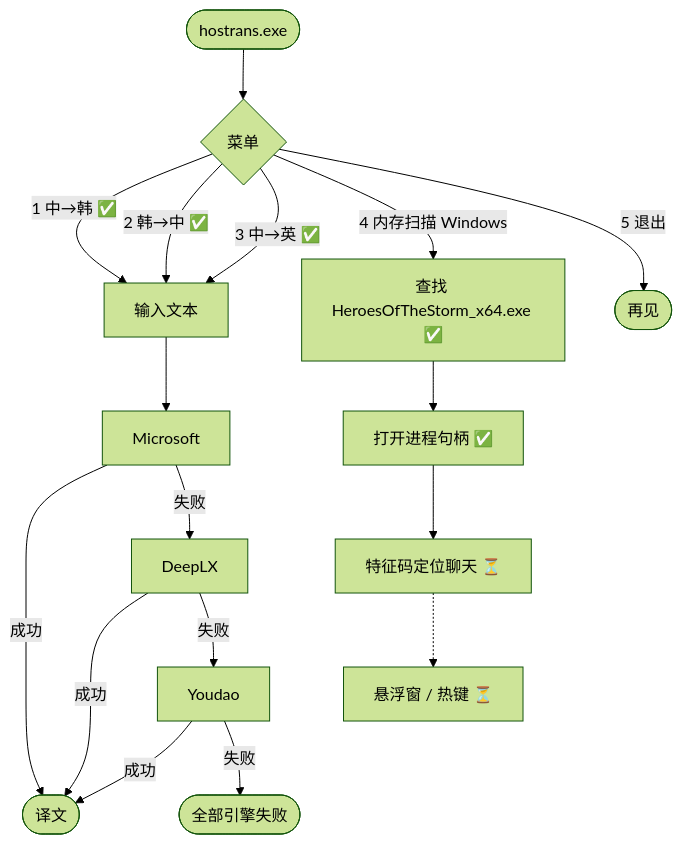
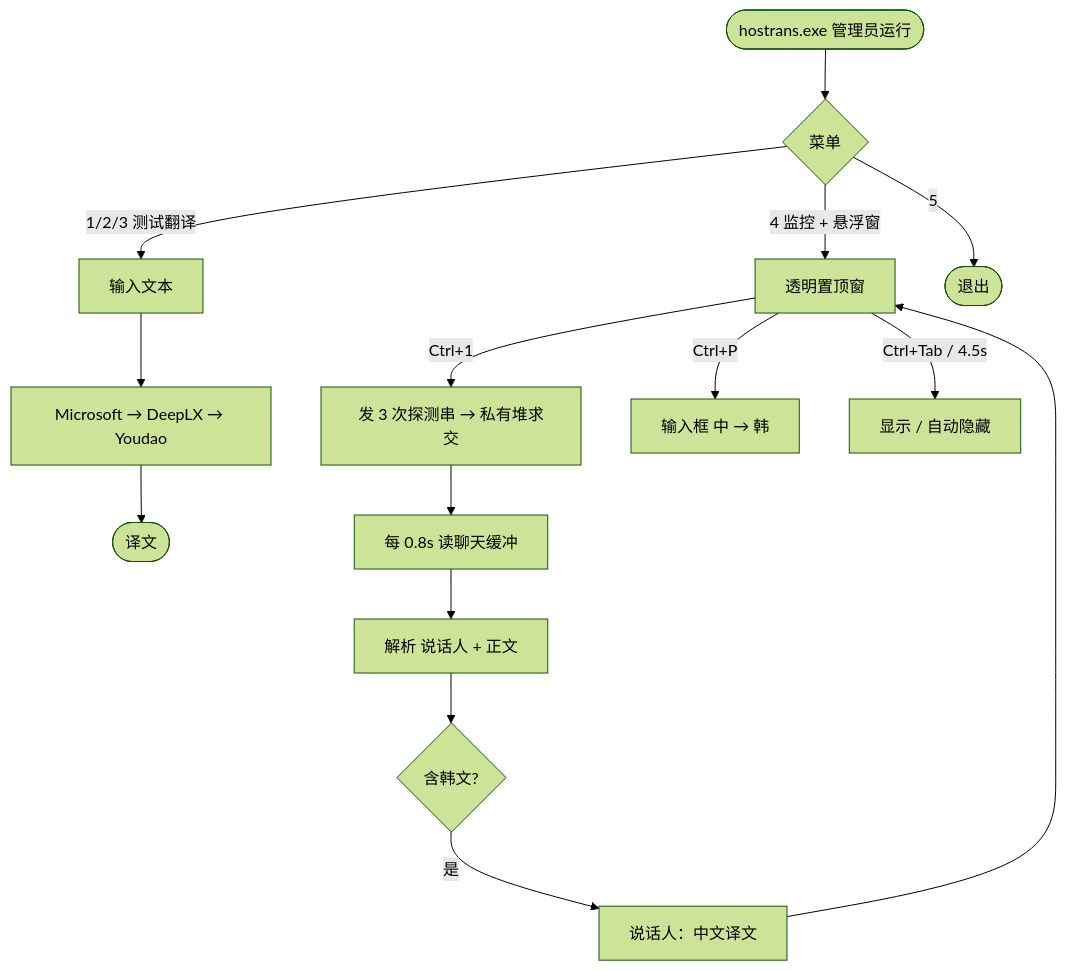
Before and after one commit to lewoking/hostrans-go: the diagram in README.md, drawn with Mermaid (forest theme). The commit also changed other lines of this file and 13 other files, not shown here.

````diff
--- a/README.md
+++ b/README.md
@@ -5,22 +5,20 @@
 ```mermaid
 flowchart TB
-    Start(["hostrans.exe"]) --> Menu{菜单}
+    Start(["hostrans.exe 管理员运行"]) --> Menu{菜单}
 
-    Menu -->|"1 中→韩 ✅"| In[输入文本]
-    Menu -->|"2 韩→中 ✅"| In
-    Menu -->|"3 中→英 ✅"| In
-    Menu -->|"4 内存扫描 Windows"| Find
-    Menu -->|"5 退出"| End([再见])
+    Menu -->|"1/2/3 测试翻译"| In[输入文本]
+    In --> Eng[Microsoft → DeepLX → Youdao]
+    Eng --> Out([译文])
 
-    In --> MS[Microsoft]
-    MS -->|成功| Out([译文])
-    MS -->|失败| DX[DeepLX]
-    DX -->|成功| Out
-    DX -->|失败| YD[Youdao]
-    YD -->|成功| Out
-    YD -->|失败| Fail([全部引擎失败])
+    Menu -->|"4 监控 + 悬浮窗"| OV["透明置顶窗"]
+    OV -->|"Ctrl+1"| Loc["发 3 次探测串 → 私有堆求交"]
+    Loc --> Poll["每 0.8s 读聊天缓冲"]
+    Poll --> Parse["解析 说话人 + 正文"]
+    Parse --> KO{含韩文?}
+    KO -->|是| ZH["说话人：中文译文"]
+    ZH --> OV
+    OV -->|"Ctrl+P"| Paste["输入框 中 → 韩"]
+    OV -->|"Ctrl+Tab / 4.5s"| Hide[显示 / 自动隐藏]
 
-    Find[查找 HeroesOfTheStorm_x64.exe ✅] --> Open[打开进程句柄 ✅]
-    Open --> Chat[特征码定位聊天 ⏳]
-    Chat -.-> Overlay[悬浮窗 / 热键 ⏳]
+    Menu -->|5| End([退出])
 ```
````
